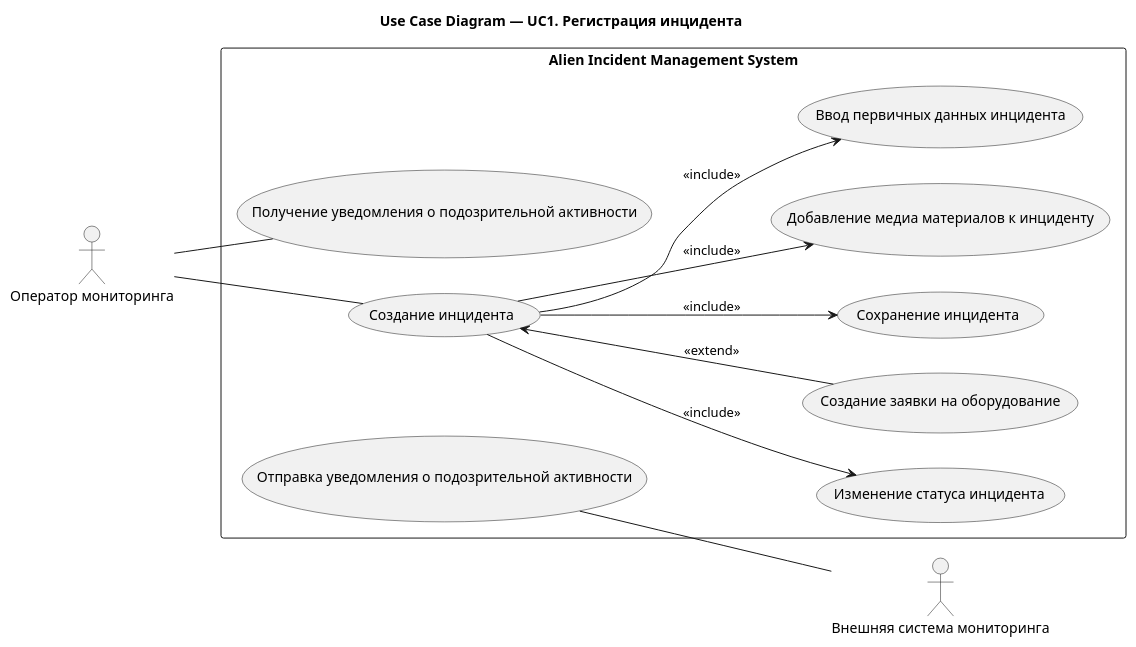
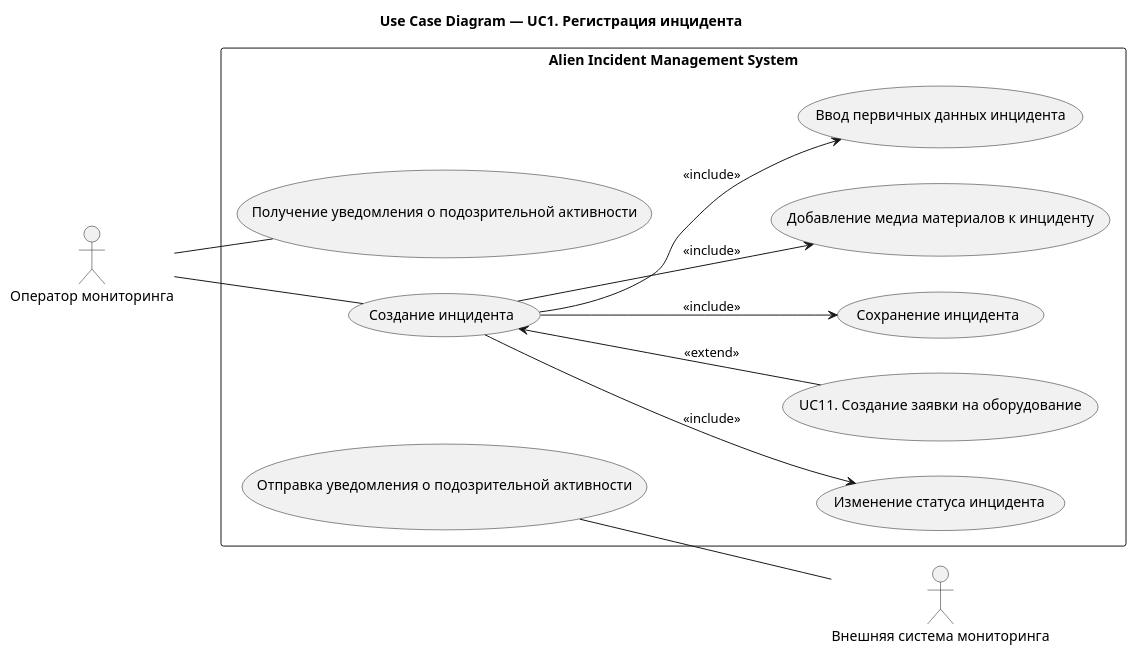
Before and after one commit to Andryss/AIMS: the first of 4 diagrams in docs/use-case/UC1.md, drawn with PlantUML. The commit also changed other lines of this file and 22 other files, not shown here.

````diff
--- a/docs/use-case/UC1.md
+++ b/docs/use-case/UC1.md
@@ -5,36 +71,36 @@
 ```plantuml
 @startuml
 title Use Case Diagram — UC1. Регистрация инцидента
 left to right direction
 
 actor "Оператор мониторинга" as Operator
 actor "Внешняя система мониторинга" as ExternalMonitoring
 
 rectangle "Alien Incident Management System" {
 
 (Отправка уведомления о подозрительной активности) as UC01
 (Получение уведомления о подозрительной активности) as UC02
 
 (Создание инцидента) as UC11
 
 (Изменение статуса инцидента) as UC116
-(Создание заявки на оборудование) as UC115
+(UC11. Создание заявки на оборудование) as UC115
 (Сохранение инцидента) as UC114
 (Добавление медиа материалов к инциденту) as UC112
 (Ввод первичных данных инцидента) as UC111
 
 }
 
 UC01 -- ExternalMonitoring
 Operator -- UC02
 
 Operator -- UC11
 
 UC11 --> UC111 : <<include>>
 UC11 --> UC112 : <<include>>
 UC11 --> UC114 : <<include>>
 UC11 <-- UC115 : <<extend>>
 UC11 --> UC116 : <<include>>
 
 @enduml
 ```
````
